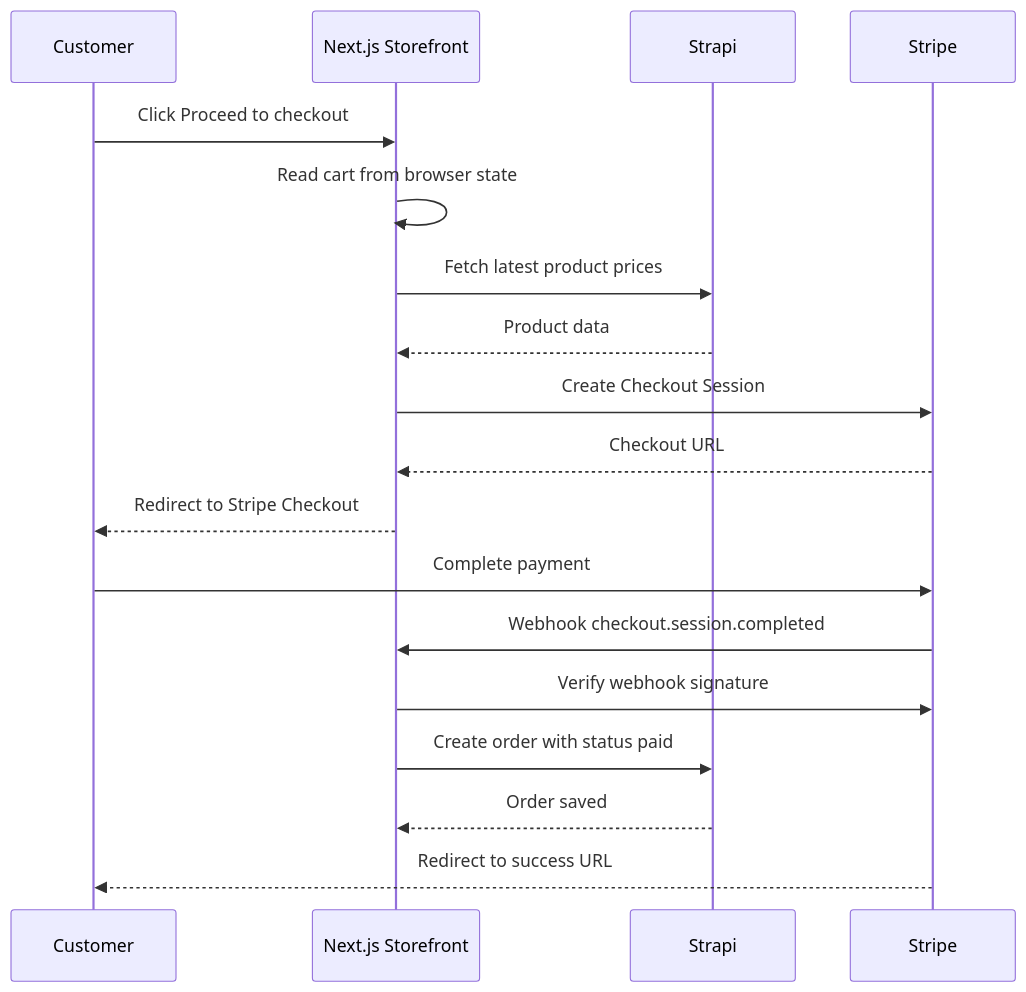
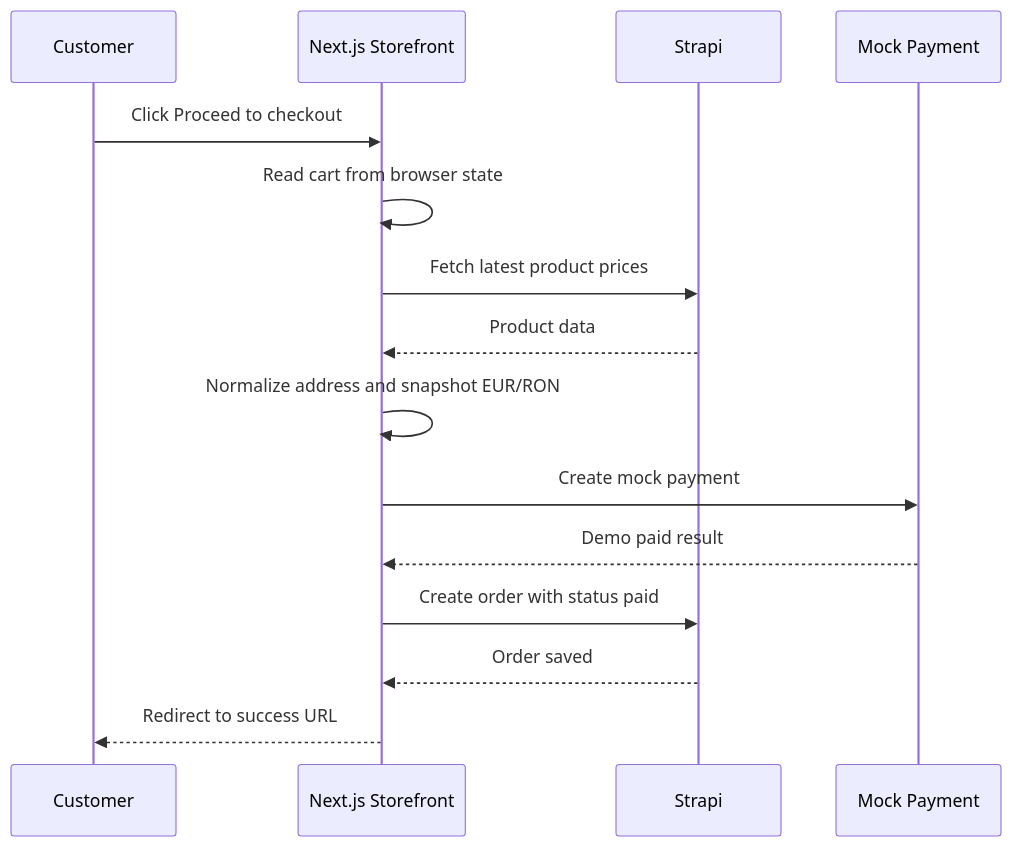
One commit to cdesqus/jmr-cms changed the third of 3 diagrams in Jamora/BUSINESS_FLOW.md. Above: the diagram before and after it, drawn with Mermaid. The commit also changed other lines of this file and 2 other files, not shown here.

````diff
--- a/Jamora/BUSINESS_FLOW.md
+++ b/Jamora/BUSINESS_FLOW.md
@@ -131,21 +155,18 @@
 ```mermaid
 sequenceDiagram
     participant Customer
     participant Storefront as Next.js Storefront
     participant Strapi
-    participant Stripe
+    participant Payment as Mock Payment
 
     Customer->>Storefront: Click Proceed to checkout
     Storefront->>Storefront: Read cart from browser state
     Storefront->>Strapi: Fetch latest product prices
     Strapi-->>Storefront: Product data
-    Storefront->>Stripe: Create Checkout Session
-    Stripe-->>Storefront: Checkout URL
-    Storefront-->>Customer: Redirect to Stripe Checkout
-    Customer->>Stripe: Complete payment
-    Stripe->>Storefront: Webhook checkout.session.completed
-    Storefront->>Stripe: Verify webhook signature
+    Storefront->>Storefront: Normalize address and snapshot EUR/RON
+    Storefront->>Payment: Create mock payment
+    Payment-->>Storefront: Demo paid result
     Storefront->>Strapi: Create order with status paid
     Strapi-->>Storefront: Order saved
-    Stripe-->>Customer: Redirect to success URL
+    Storefront-->>Customer: Redirect to success URL
 ```
````
